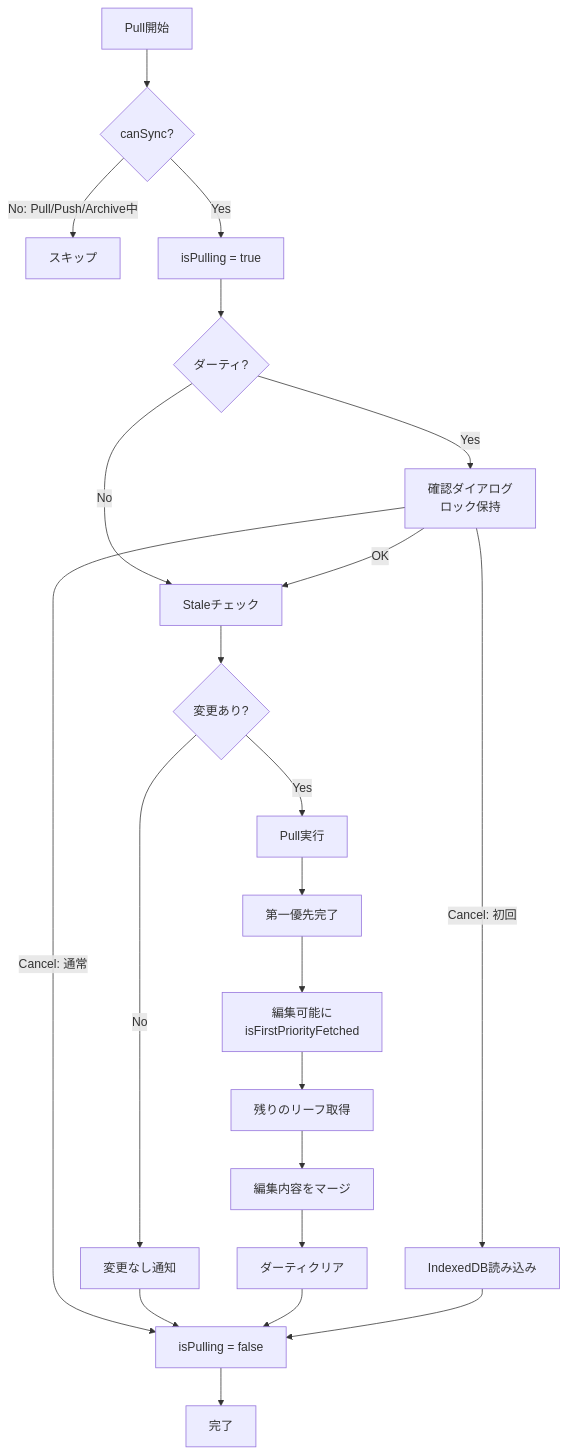
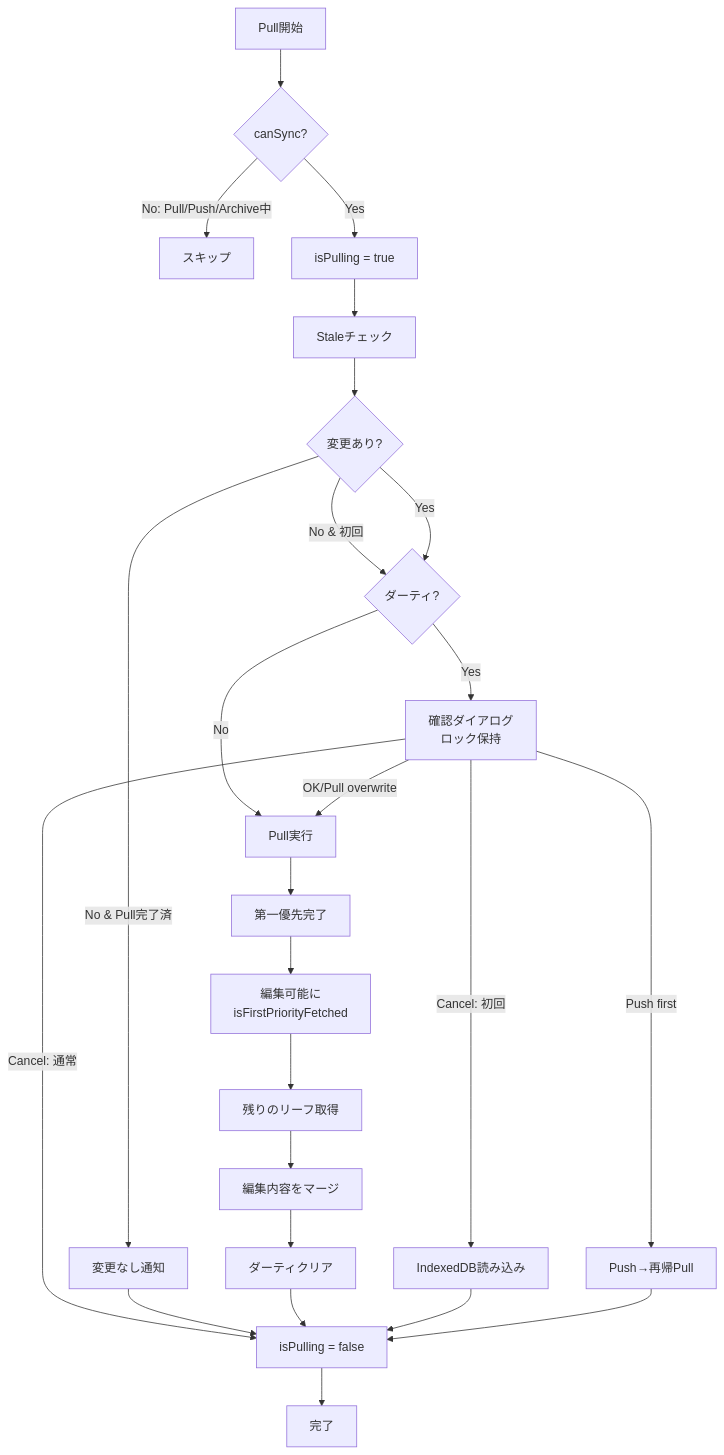
One commit to kako-jun/agasteer changed the second of 6 diagrams in docs/development/sync/push-pull.md. Above: the diagram before and after it, drawn with Mermaid. The commit also changed other lines of this file and 4 other files, not shown here.

````diff
--- a/docs/development/sync/push-pull.md
+++ b/docs/development/sync/push-pull.md
@@ -172,24 +172,27 @@
 ```mermaid
 flowchart TD
     Start[Pull開始] --> Check1{canSync?}
     Check1 -->|No: Pull/Push/Archive中| End1[スキップ]
     Check1 -->|Yes| Lock[isPulling = true]
-    Lock --> Check2{ダーティ?}
+    Lock --> Stale[Staleチェック]
+    Stale --> Check3{変更あり?}
+    Check3 -->|No & Pull完了済| Msg[変更なし通知]
+    Check3 -->|No & 初回| Check2
+    Check3 -->|Yes| Check2{ダーティ?}
     Check2 -->|Yes| Confirm[確認ダイアログ<br/>ロック保持]
-    Check2 -->|No| Stale
-    Confirm -->|OK| Stale[Staleチェック]
+    Check2 -->|No| Pull[Pull実行]
+    Confirm -->|OK/Pull overwrite| Pull
+    Confirm -->|Push first| PushFirst[Push→再帰Pull]
     Confirm -->|Cancel: 初回| Cancel1[IndexedDB読み込み]
     Confirm -->|Cancel: 通常| Unlock
-    Stale --> Check3{変更あり?}
-    Check3 -->|No| Msg[変更なし通知]
-    Check3 -->|Yes| Pull[Pull実行]
     Msg --> Unlock
     Pull --> Priority[第一優先完了]
     Priority --> Edit[編集可能に<br/>isFirstPriorityFetched]
     Edit --> Rest[残りのリーフ取得]
     Rest --> Merge[編集内容をマージ]
     Merge --> Clear[ダーティクリア]
     Clear --> Unlock[isPulling = false]
     Cancel1 --> Unlock
+    PushFirst --> Unlock
     Unlock --> End2[完了]
 ```
````
